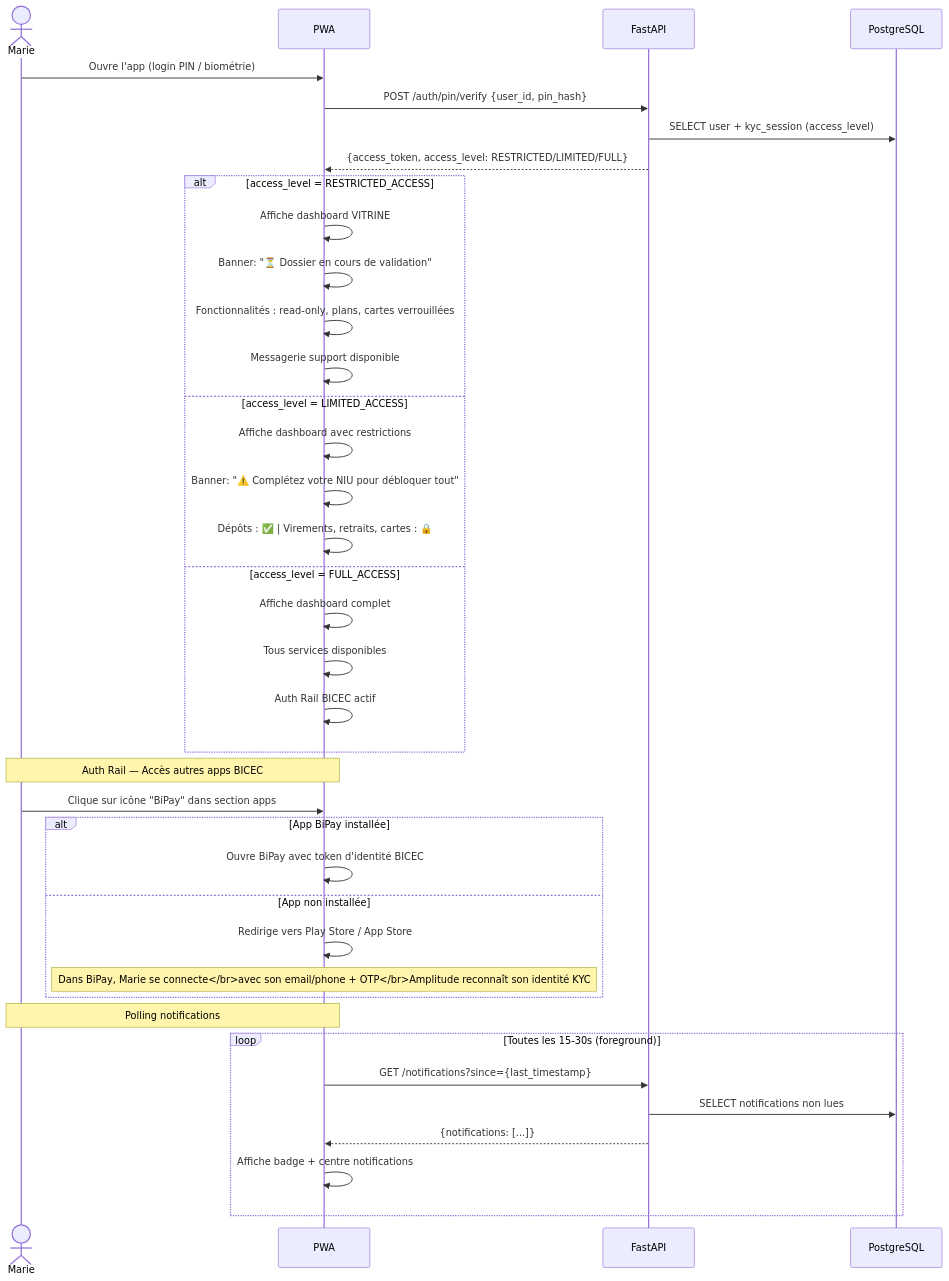
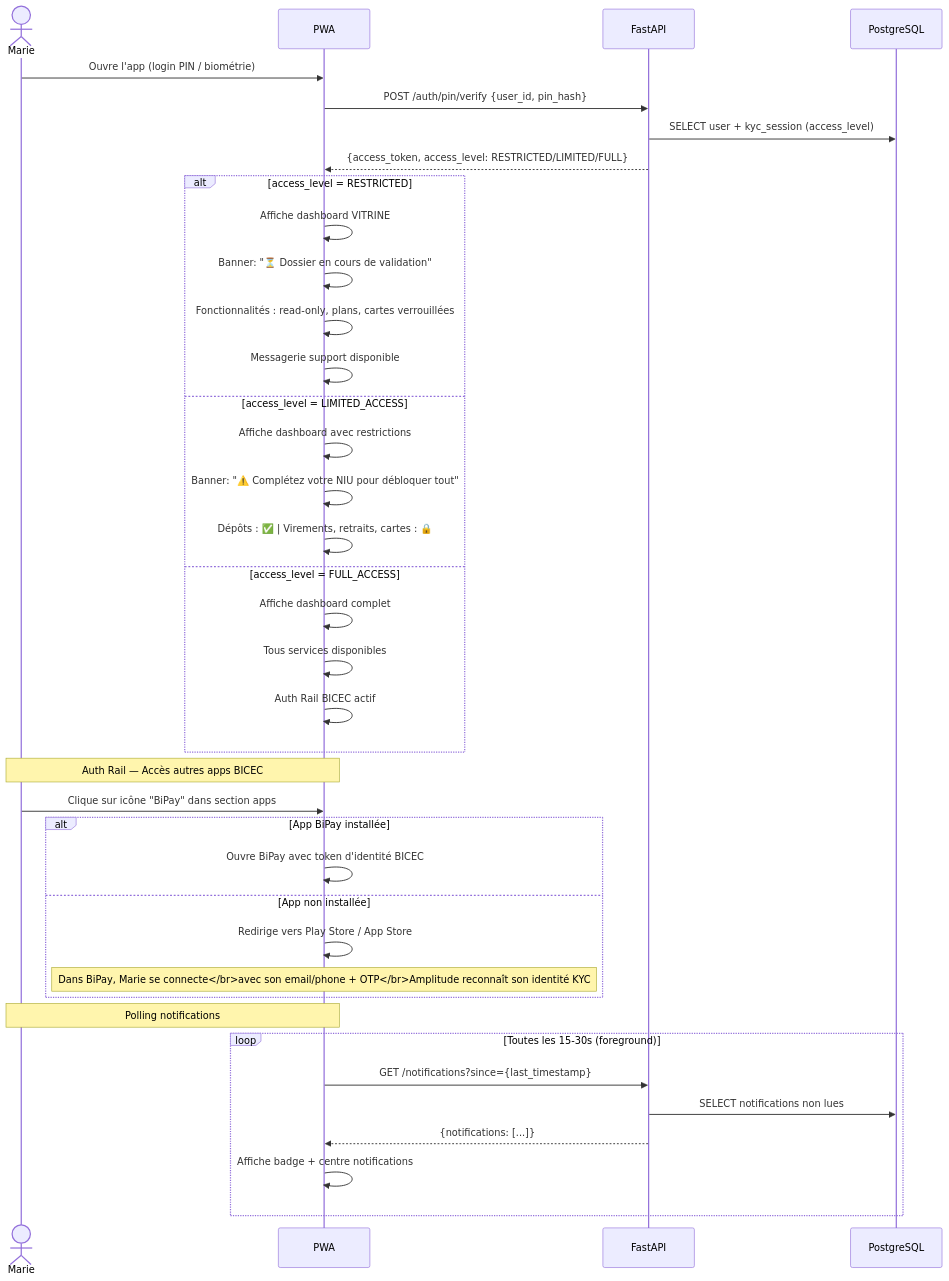
One commit to Ken-Andre/bicec-veripass changed diagram 12 of 18 in _bmad-output/planning-artifacts/architecture-bicec-veripass.md. Above: the diagram before and after it, drawn with Mermaid. The commit also changed other lines of this file, not shown here.

Commit message:
feat(architecture): add test strategy §18 and technical FAQ §19 sections with KYC terminology rules

````diff
--- a/_bmad-output/planning-artifacts/architecture-bicec-veripass.md
+++ b/_bmad-output/planning-artifacts/architecture-bicec-veripass.md
@@ -1065,46 +1085,46 @@
 ```mermaid
 sequenceDiagram
     actor Marie
     participant PWA
     participant API as FastAPI
     participant PG as PostgreSQL
 
     Marie->>PWA: Ouvre l'app (login PIN / biométrie)
     PWA->>API: POST /auth/pin/verify {user_id, pin_hash}
     API->>PG: SELECT user + kyc_session (access_level)
     API-->>PWA: {access_token, access_level: RESTRICTED/LIMITED/FULL}
 
-    alt access_level = RESTRICTED_ACCESS
+    alt access_level = RESTRICTED
         PWA->>PWA: Affiche dashboard VITRINE
         PWA->>PWA: Banner: "⏳ Dossier en cours de validation"
         PWA->>PWA: Fonctionnalités : read-only, plans, cartes verrouillées
         PWA->>PWA: Messagerie support disponible
     else access_level = LIMITED_ACCESS
         PWA->>PWA: Affiche dashboard avec restrictions
         PWA->>PWA: Banner: "⚠️ Complétez votre NIU pour débloquer tout"
         PWA->>PWA: Dépôts : ✅ | Virements, retraits, cartes : 🔒
     else access_level = FULL_ACCESS
         PWA->>PWA: Affiche dashboard complet
         PWA->>PWA: Tous services disponibles
         PWA->>PWA: Auth Rail BICEC actif
     end
 
     Note over Marie,PWA: Auth Rail — Accès autres apps BICEC
 
     Marie->>PWA: Clique sur icône "BiPay" dans section apps
     alt App BiPay installée
         PWA->>PWA: Ouvre BiPay avec token d'identité BICEC
     else App non installée
         PWA->>PWA: Redirige vers Play Store / App Store
         Note over PWA: Dans BiPay, Marie se connecte</br>avec son email/phone + OTP</br>Amplitude reconnaît son identité KYC
     end
 
     Note over Marie,PWA: Polling notifications
 
     loop Toutes les 15-30s (foreground)
         PWA->>API: GET /notifications?since={last_timestamp}
         API->>PG: SELECT notifications non lues
         API-->>PWA: {notifications: [...]}
         PWA->>PWA: Affiche badge + centre notifications
     end
 ```
````
